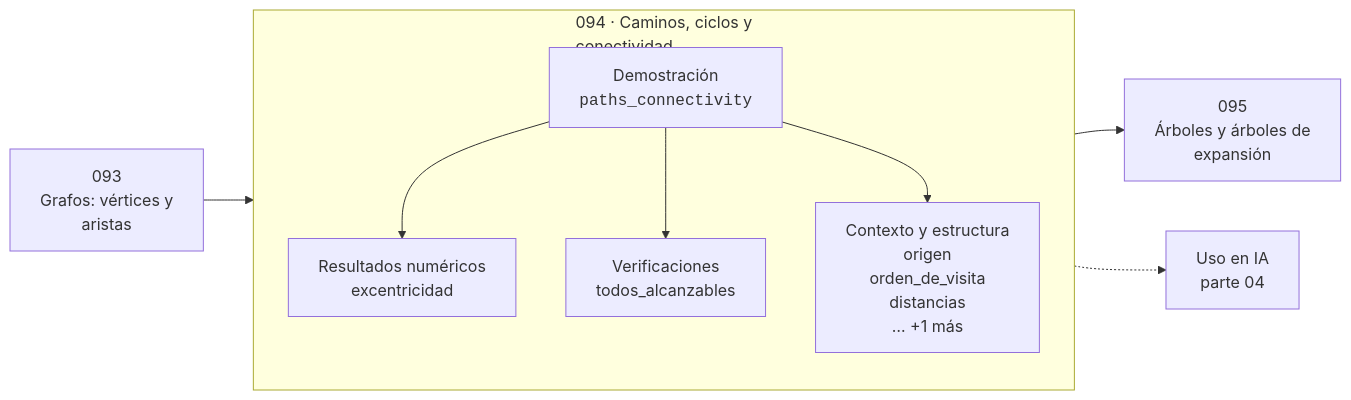
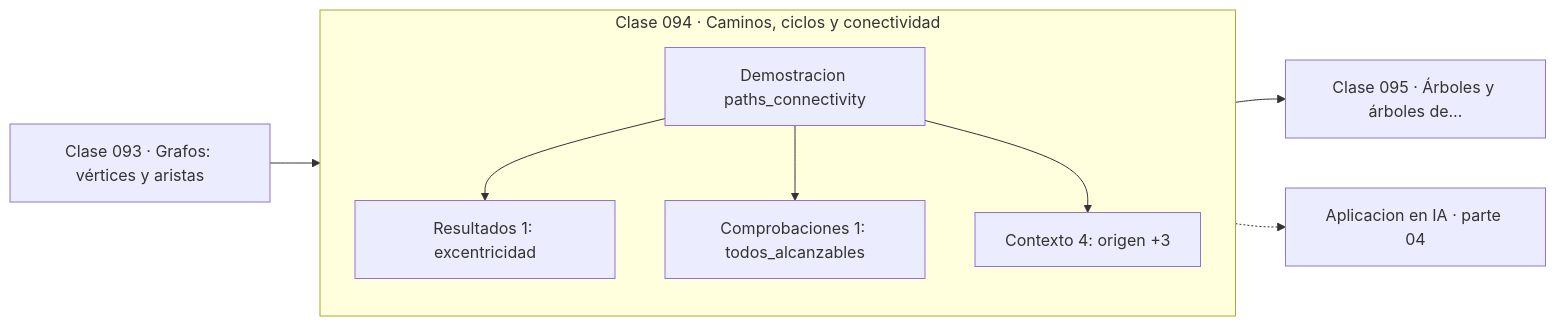
The diagram in classes/part-04-matematica-discreta-para-computacion/094-caminos-ciclos-y-conectividad/README.md (vladimiracunadev-create/computational-mathematics-program), drawn with Mermaid before and after one commit. The commit also changed other lines of this file and 389 other files, not shown here.

First line of the commit message:
fix(diagramas): elimina el HTML de las etiquetas Mermaid

````diff
--- a/classes/part-04-matematica-discreta-para-computacion/094-caminos-ciclos-y-conectividad/README.md
+++ b/classes/part-04-matematica-discreta-para-computacion/094-caminos-ciclos-y-conectividad/README.md
@@ -30,12 +36,13 @@
 ```mermaid
 flowchart LR
-    P["093<br/>Grafos: vértices y<br/>aristas"] --> C
-    subgraph C["094 · Caminos, ciclos y<br/>conectividad"]
+    P["Clase 093 · Grafos: vértices y aristas"] --> D
+    subgraph CLASE["Clase 094 · Caminos, ciclos y conectividad"]
         direction TB
-        D["Demostración<br/><code>paths_connectivity</code>"] --> R["Resultados numéricos<br/>excentricidad"]
-        D --> V["Verificaciones<br/>todos_alcanzables"]
-        D --> O["Contexto y estructura<br/>origen<br/>orden_de_visita<br/>distancias<br/>… +1 más"]
+        D["Demostracion paths_connectivity"]
+        D --> R["Resultados 1: excentricidad"]
+        D --> V["Comprobaciones 1: todos_alcanzables"]
+        D --> O["Contexto 4: origen +3"]
     end
-    C --> N["095<br/>Árboles y árboles de<br/>expansión"]
-    C -.-> IA["Uso en IA<br/>parte 04"]
+    R --> N["Clase 095 · Árboles y árboles de…"]
+    V -.-> IA["Aplicacion en IA · parte 04"]
 ```
````
